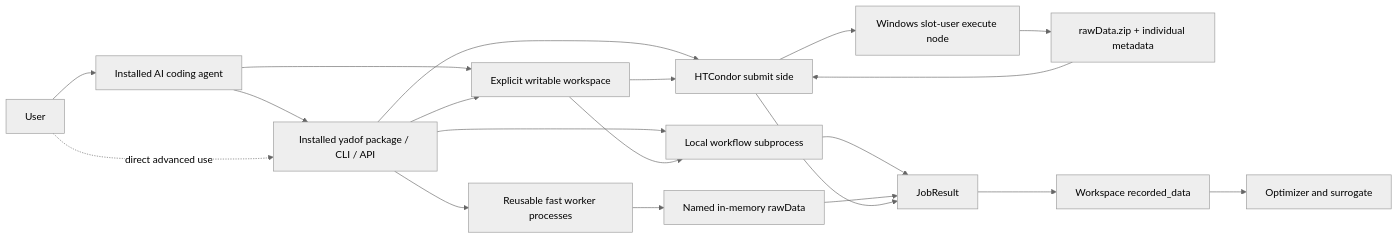
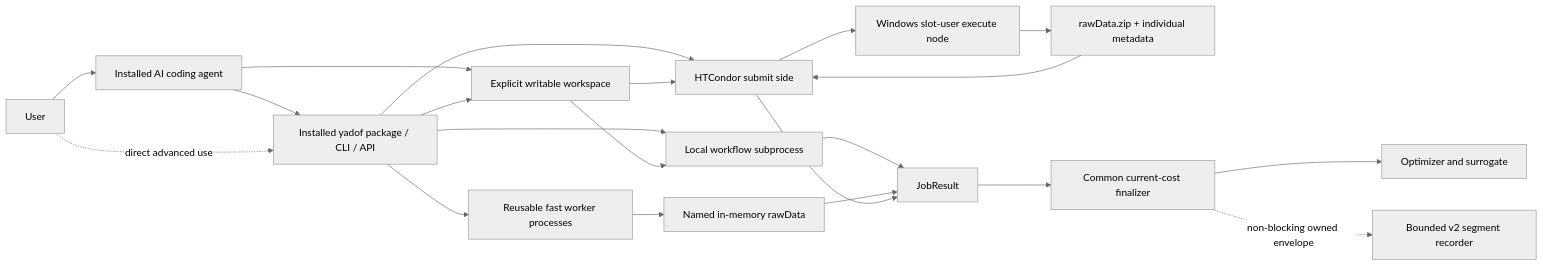
Before and after one commit to YS-Pan/yadof: the diagram in dev_doc/architecture/c4_container.md, drawn with Mermaid (neutral theme). The commit also changed other lines of this file and 74 other files, not shown here.

````diff
--- a/dev_doc/architecture/c4_container.md
+++ b/dev_doc/architecture/c4_container.md
@@ -3,22 +3,23 @@
 ```mermaid
 flowchart LR
     User["User"] --> Agent["Installed AI coding agent"]
     Agent --> Package["Installed yadof package / CLI / API"]
     Agent --> Workspace["Explicit writable workspace"]
     User -. direct advanced use .-> Package
     Package --> Workspace
     Package --> Local["Local workflow subprocess"]
     Package --> Fast["Reusable fast worker processes"]
     Package --> Schedd["HTCondor submit side"]
     Schedd --> Worker["Windows slot-user execute node"]
     Workspace --> Local
     Workspace --> Schedd
     Local --> Result["JobResult"]
     Fast --> Memory["Named in-memory rawData"]
     Memory --> Result
     Worker --> Zip["rawData.zip + individual metadata"]
     Zip --> Schedd
     Schedd --> Result
-    Result --> Records["Workspace recorded_data"]
-    Records --> Optimizer["Optimizer and surrogate"]
+    Result --> Finalizer["Common current-cost finalizer"]
+    Finalizer --> Optimizer["Optimizer and surrogate"]
+    Finalizer -. non-blocking owned envelope .-> Records["Bounded v2 segment recorder"]
 ```
````
